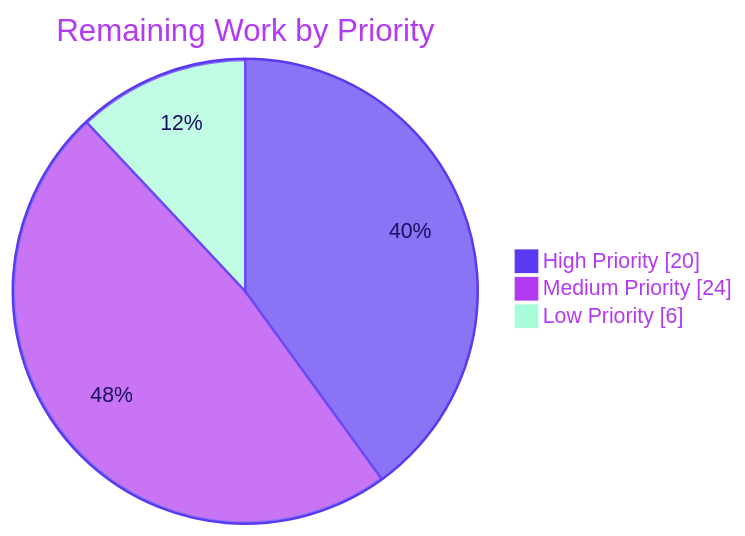
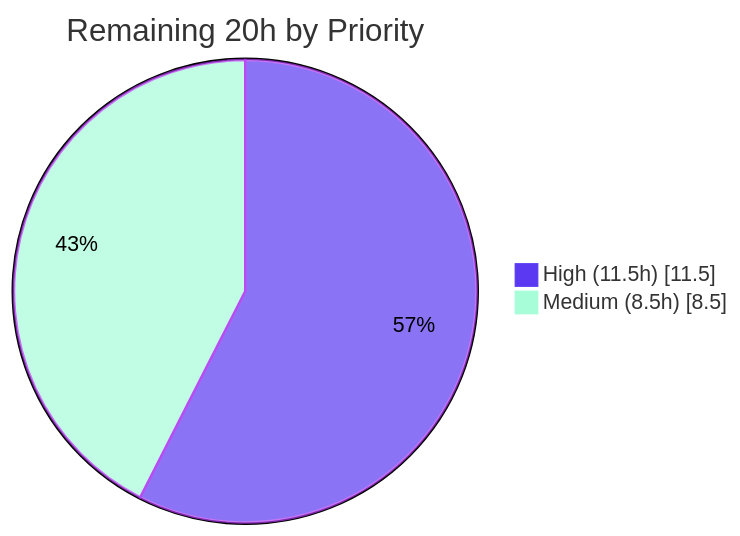
The third of 3 diagrams in blitzy/documentation/Project Guide.md (Blitzy-Sandbox/blitzy-ghostfolio), drawn with Mermaid before and after one commit. The commit also changed other lines of this file, not shown here.

Commit message:
Adding Blitzy Project Guide: Project Status and Human Tasks Remaining

````diff
--- a/blitzy/documentation/Project Guide.md
+++ b/blitzy/documentation/Project Guide.md
@@ -260,7 +233,6 @@
 ```mermaid
-%%{init: {'theme':'base', 'themeVariables': { 'pie1':'#5B39F3', 'pie2':'#B23AF2', 'pie3':'#A8FDD9', 'pieStrokeColor':'#5B39F3', 'pieOuterStrokeColor':'#5B39F3', 'pieTitleTextColor':'#B23AF2', 'pieSectionTextColor':'#1A105F', 'pieLegendTextColor':'#B23AF2'}}}%%
-pie showData title Remaining Work by Priority
-    "High Priority" : 20
-    "Medium Priority" : 24
-    "Low Priority" : 6
+%%{init: {'theme':'base', 'themeVariables': {'pie1':'#5B39F3','pie2':'#A8FDD9','pieStrokeColor':'#B23AF2','pieSectionTextColor':'#000000'}}}%%
+pie showData title Remaining 20h by Priority
+    "High (11.5h)" : 11.5
+    "Medium (8.5h)" : 8.5
 ```
````
